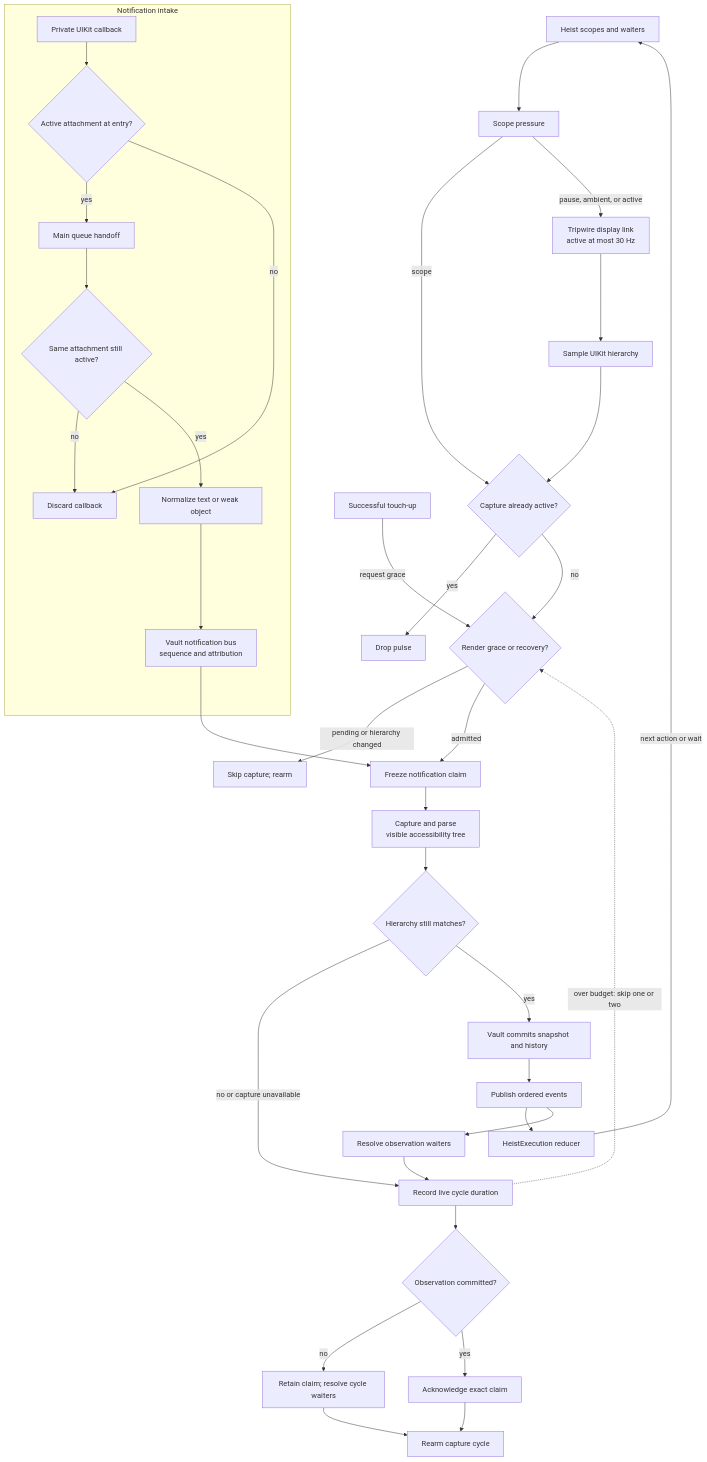
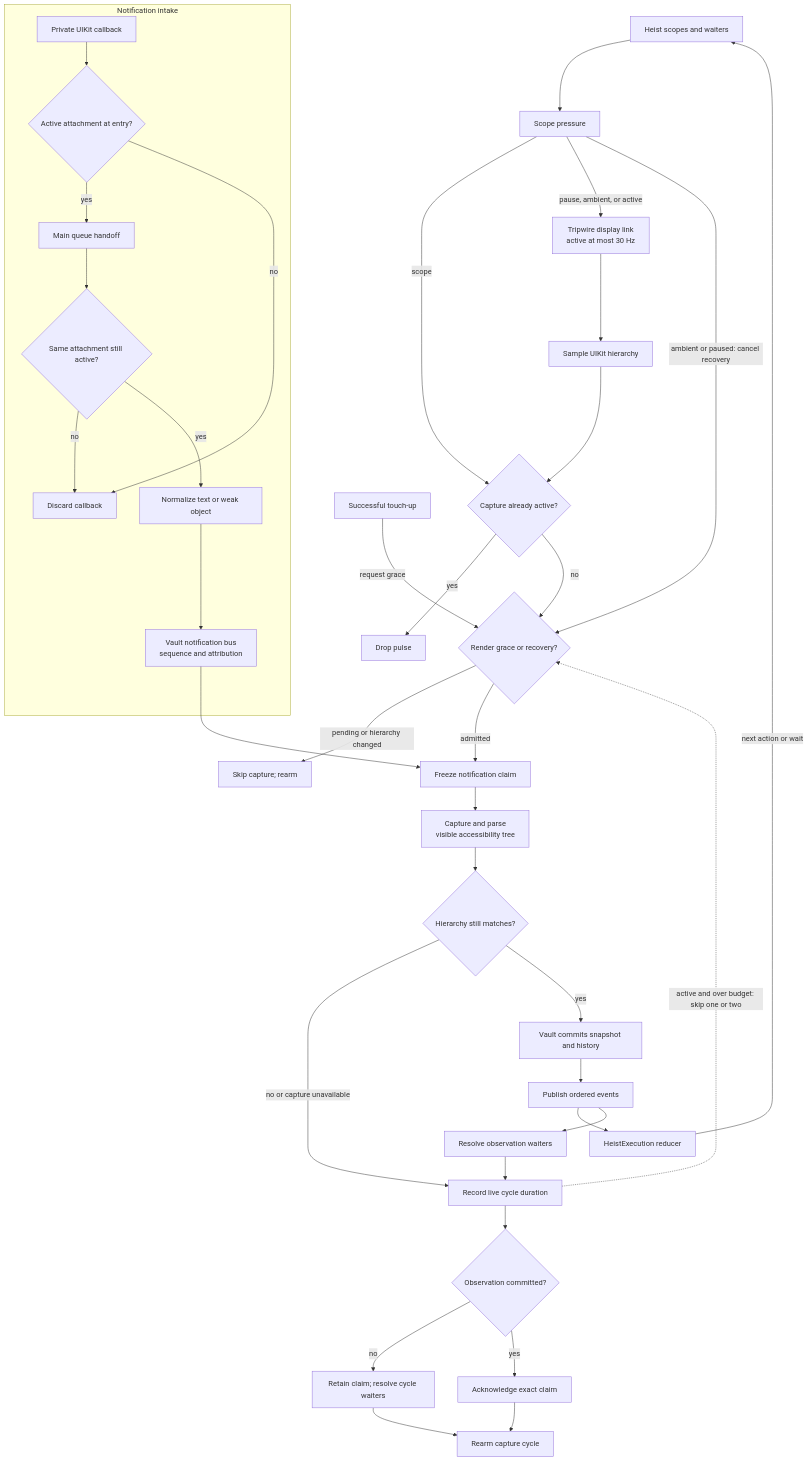
Before and after one commit to TheButtonHeist/TheButtonHeist: the diagram in docs/diagrams/tripwire.md, drawn with Mermaid. The commit also changed other lines of this file and 7 other files, not shown here.

Commit message:
Keep Tripwire budget recovery scoped to active demand

````diff
--- a/docs/diagrams/tripwire.md
+++ b/docs/diagrams/tripwire.md
@@ -12,40 +12,41 @@
 ```mermaid
 flowchart TD
     Demand["Heist scopes and waiters"] --> Pressure["Scope pressure"]
     Pressure -->|"scope"| Cycle
     Pressure -->|"pause, ambient, or active"| Link["Tripwire display link<br>active at most 30 Hz"]
+    Pressure -->|"ambient or paused: cancel recovery"| Admission
     Link --> Signal["Sample UIKit hierarchy"]
     Signal --> Cycle{"Capture already active?"}
     Cycle -->|"yes"| Drop["Drop pulse"]
     Cycle -->|"no"| Admission{"Render grace or recovery?"}
     Touch["Successful touch-up"] -->|"request grace"| Admission
     Admission -->|"pending or hierarchy changed"| Skip["Skip capture; rearm"]
     Admission -->|"admitted"| Claim["Freeze notification claim"]
 
     subgraph Intake["Notification intake"]
         SPI["Private UIKit callback"] --> Attachment{"Active attachment at entry?"}
         Attachment -->|"yes"| Queue["Main queue handoff"]
         Attachment -->|"no"| Discard["Discard callback"]
         Queue --> Current{"Same attachment still active?"}
         Current -->|"no"| Discard
         Current -->|"yes"| Normalize["Normalize text or weak object"]
         Normalize --> Bus["Vault notification bus<br>sequence and attribution"]
     end
 
     Bus --> Claim
     Claim --> Capture["Capture and parse<br>visible accessibility tree"]
     Capture --> Validate{"Hierarchy still matches?"}
     Validate -->|"no or capture unavailable"| Budget
     Validate -->|"yes"| Commit["Vault commits snapshot and history"]
     Commit --> Publish["Publish ordered events"]
     Publish --> Reducer["HeistExecution reducer"]
     Publish --> Waiters["Resolve observation waiters"]
     Waiters --> Budget["Record live cycle duration"]
-    Budget -.->|"over budget: skip one or two"| Admission
+    Budget -.->|"active and over budget: skip one or two"| Admission
     Budget --> Completion{"Observation committed?"}
     Completion -->|"no"| Retry["Retain claim; resolve cycle waiters"]
     Retry --> Rearm
     Completion -->|"yes"| Ack["Acknowledge exact claim"]
     Ack --> Rearm["Rearm capture cycle"]
     Reducer -->|"next action or wait"| Demand
 ```
````
